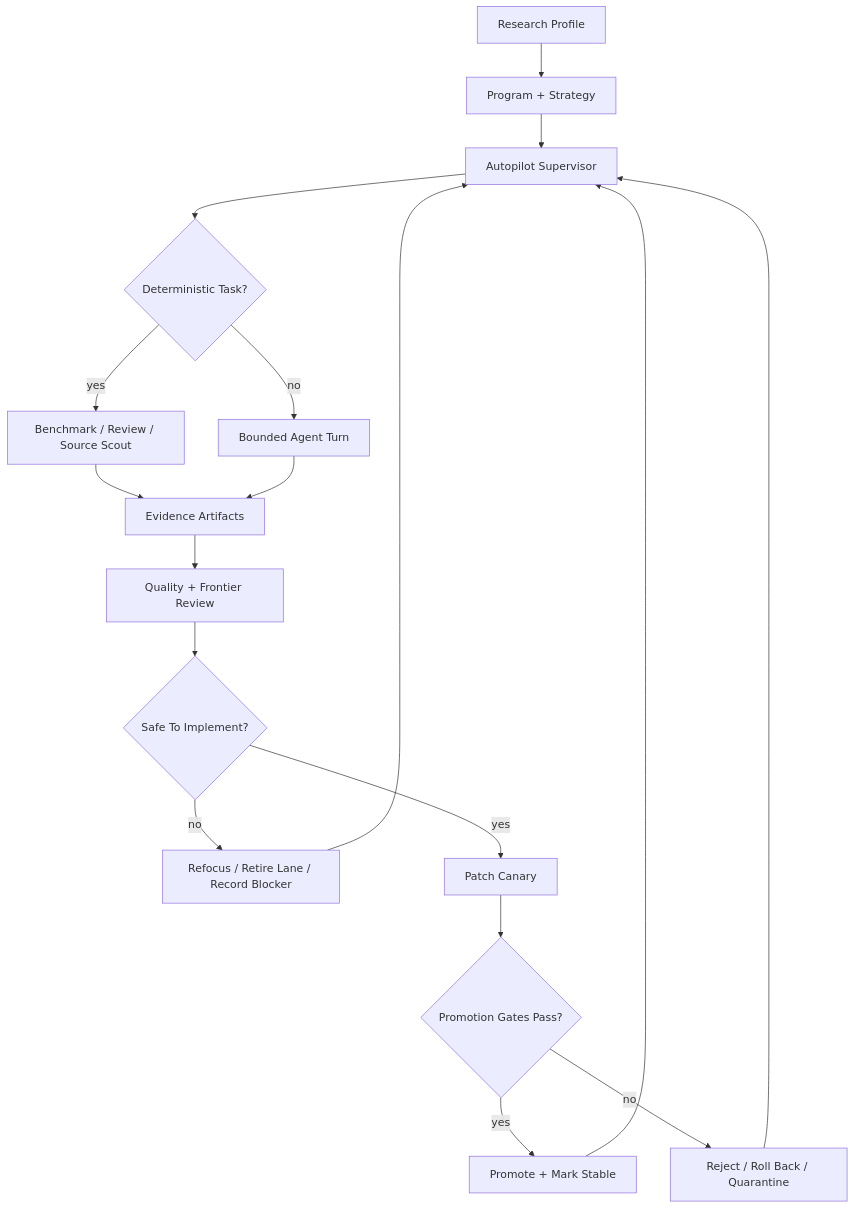
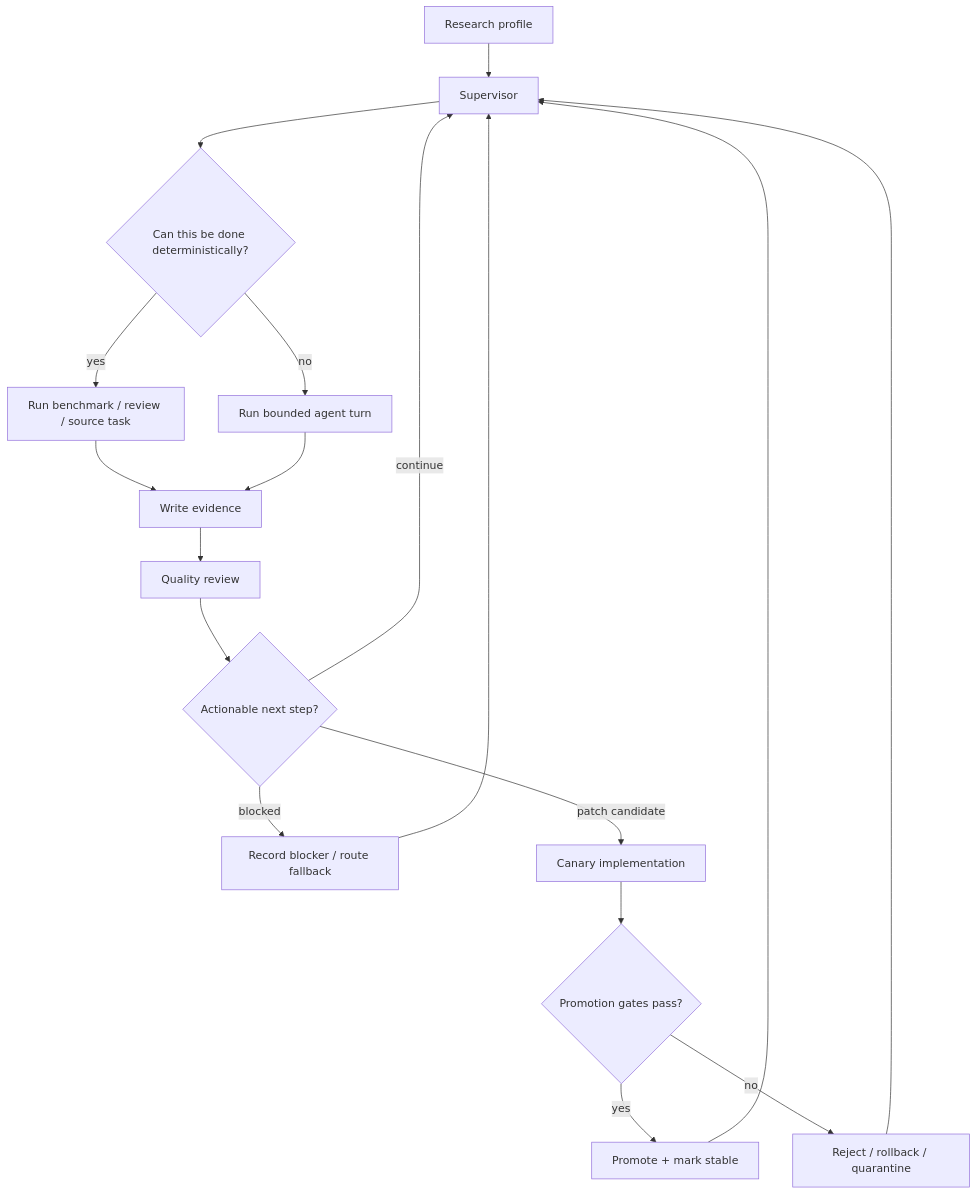
One commit to Kristianaaron/openclaw-harness-autoresearch changed the first of 4 diagrams in README.md. Above: the diagram before and after it, drawn with Mermaid. The commit also changed other lines of this file and 2 other files, not shown here.

````diff
--- a/README.md
+++ b/README.md
@@ -39,20 +32,20 @@
 ```mermaid
 flowchart TD
-    A["Research Profile"] --> B["Program + Strategy"]
-    B --> C["Autopilot Supervisor"]
-    C --> D{"Deterministic Task?"}
-    D -->|yes| E["Benchmark / Review / Source Scout"]
-    D -->|no| F["Bounded Agent Turn"]
-    E --> G["Evidence Artifacts"]
-    F --> G
-    G --> H["Quality + Frontier Review"]
-    H --> I{"Safe To Implement?"}
-    I -->|no| J["Refocus / Retire Lane / Record Blocker"]
-    I -->|yes| K["Patch Canary"]
-    K --> L{"Promotion Gates Pass?"}
-    L -->|yes| M["Promote + Mark Stable"]
-    L -->|no| N["Reject / Roll Back / Quarantine"]
-    J --> C
-    M --> C
-    N --> C
+    A["Research profile"] --> B["Supervisor"]
+    B --> C{"Can this be done deterministically?"}
+    C -->|yes| D["Run benchmark / review / source task"]
+    C -->|no| E["Run bounded agent turn"]
+    D --> F["Write evidence"]
+    E --> F
+    F --> G["Quality review"]
+    G --> H{"Actionable next step?"}
+    H -->|continue| B
+    H -->|blocked| I["Record blocker / route fallback"]
+    H -->|patch candidate| J["Canary implementation"]
+    I --> B
+    J --> K{"Promotion gates pass?"}
+    K -->|yes| L["Promote + mark stable"]
+    K -->|no| M["Reject / rollback / quarantine"]
+    L --> B
+    M --> B
 ```
````
